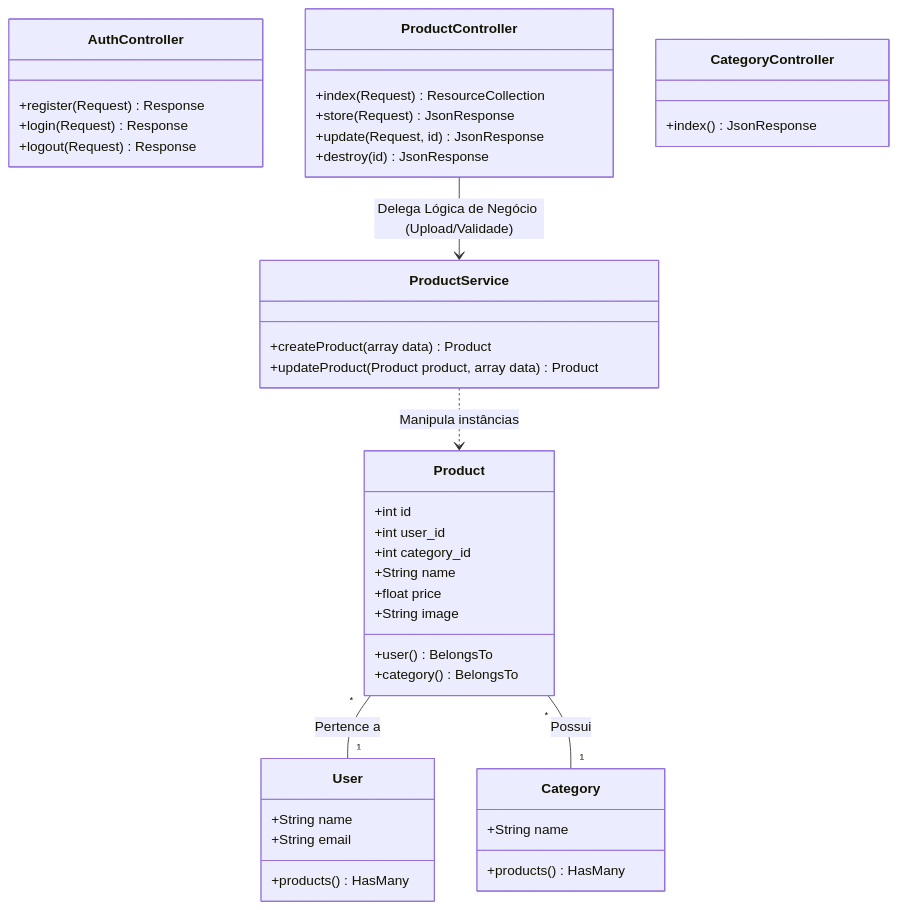
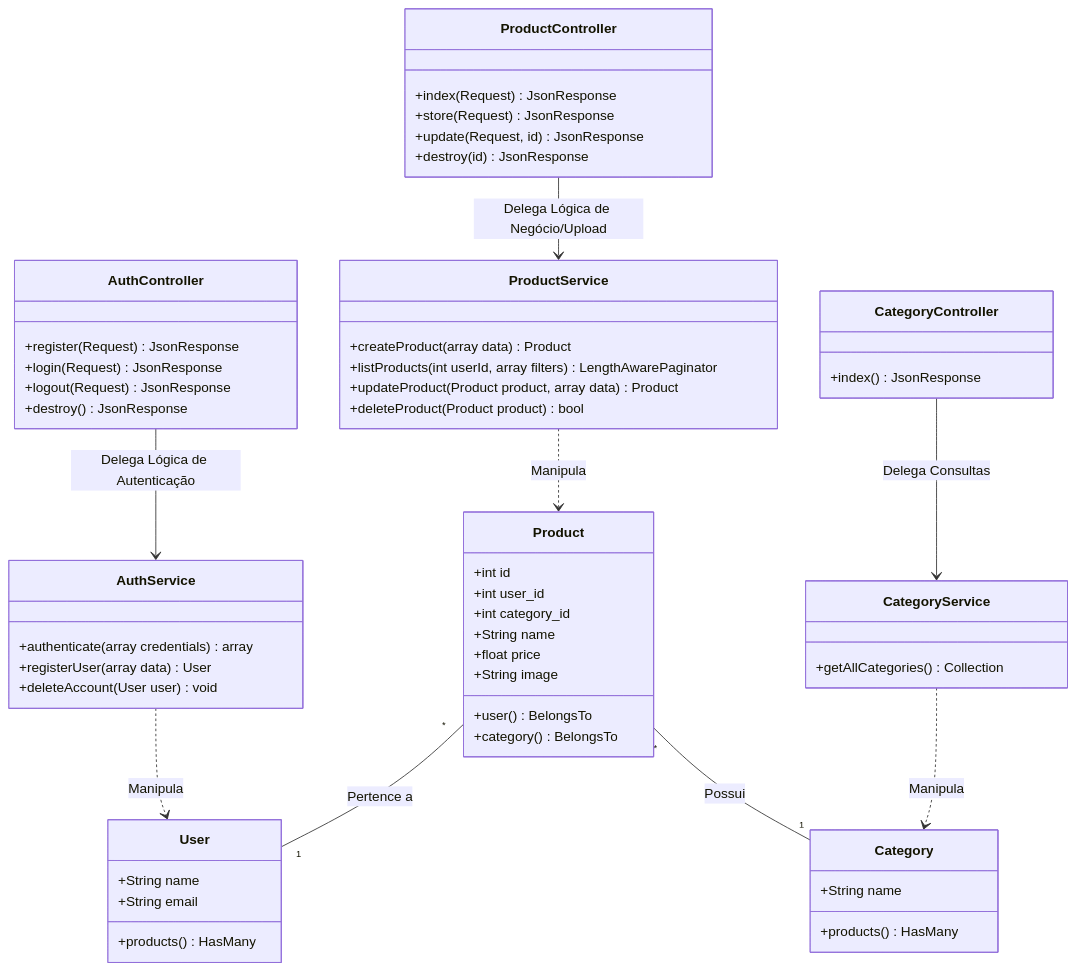
Before and after one commit to samuelsouzato/innyx-desafio-produtos: the third of 3 diagrams in README.md, drawn with Mermaid. The commit also changed other lines of this file, not shown here.

Commit message:
readme atualizado

````diff
--- a/README.md
+++ b/README.md
@@ -217,51 +223,70 @@
 ```mermaid
 classDiagram
     class AuthController {
-        +register(Request) Response
-        +login(Request) Response
-        +logout(Request) Response
+        +register(Request) JsonResponse
+        +login(Request) JsonResponse
+        +logout(Request) JsonResponse
+        +destroy() JsonResponse
+    }
+
+    class AuthService {
+        +authenticate(array credentials) array
+        +registerUser(array data) User
+        +deleteAccount(User user) void
     }
 
     class ProductController {
-        +index(Request) ResourceCollection
+        +index(Request) JsonResponse
         +store(Request) JsonResponse
         +update(Request, id) JsonResponse
         +destroy(id) JsonResponse
+    }
+
+    class ProductService {
+        +createProduct(array data) Product
+        +listProducts(int userId, array filters) LengthAwarePaginator
+        +updateProduct(Product product, array data) Product
+        +deleteProduct(Product product) bool
     }
 
     class CategoryController {
         +index() JsonResponse
     }
 
-    class ProductService {
-        +createProduct(array data) Product
-        +updateProduct(Product product, array data) Product
+    class CategoryService {
+        +getAllCategories() Collection
     }
 
     class Product {
         +int id
         +int user_id
         +int category_id
         +String name
         +float price
         +String image
         +user() BelongsTo
         +category() BelongsTo
     }
 
     class User {
         +String name
         +String email
         +products() HasMany
     }
 
     class Category {
         +String name
         +products() HasMany
     }
 
-    ProductController --> ProductService : Delega Lógica de Negócio (Upload/Validade)
-    ProductService ..> Product : Manipula instâncias
+    AuthController --> AuthService : Delega Lógica de Autenticação
+    ProductController --> ProductService : Delega Lógica de Negócio/Upload
+    CategoryController --> CategoryService : Delega Consultas
+
+    AuthService ..> User : Manipula
+    ProductService ..> Product : Manipula
+    CategoryService ..> Category : Manipula
+
     Product "*" -- "1" User : Pertence a
     Product "*" -- "1" Category : Possui
 ```
````
